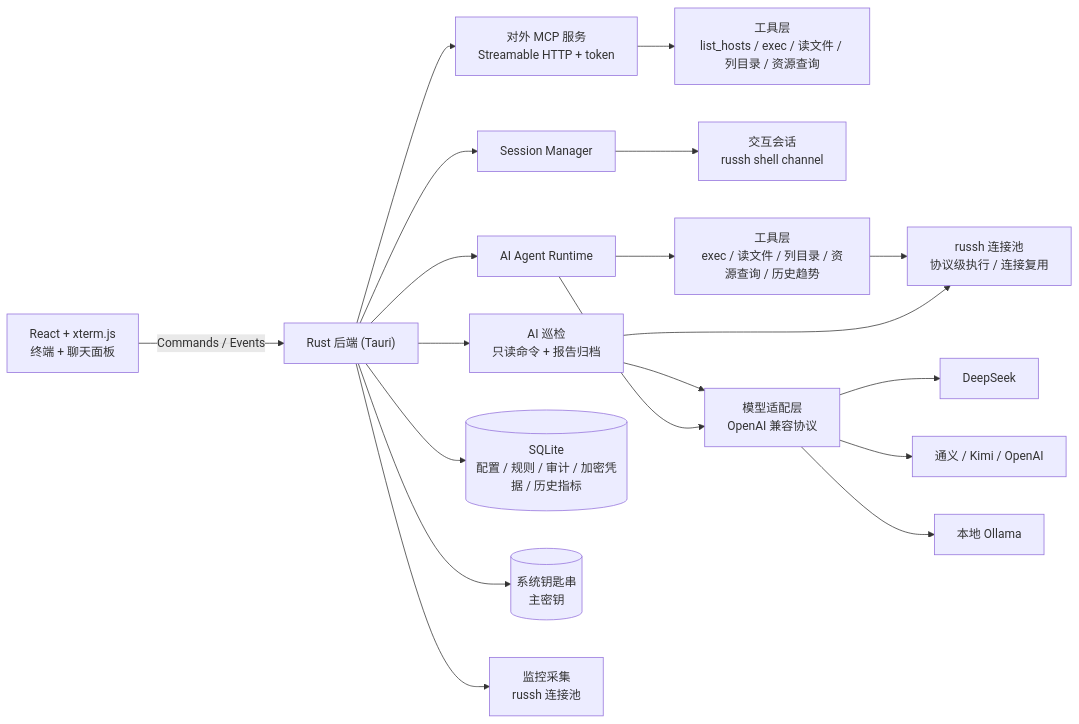
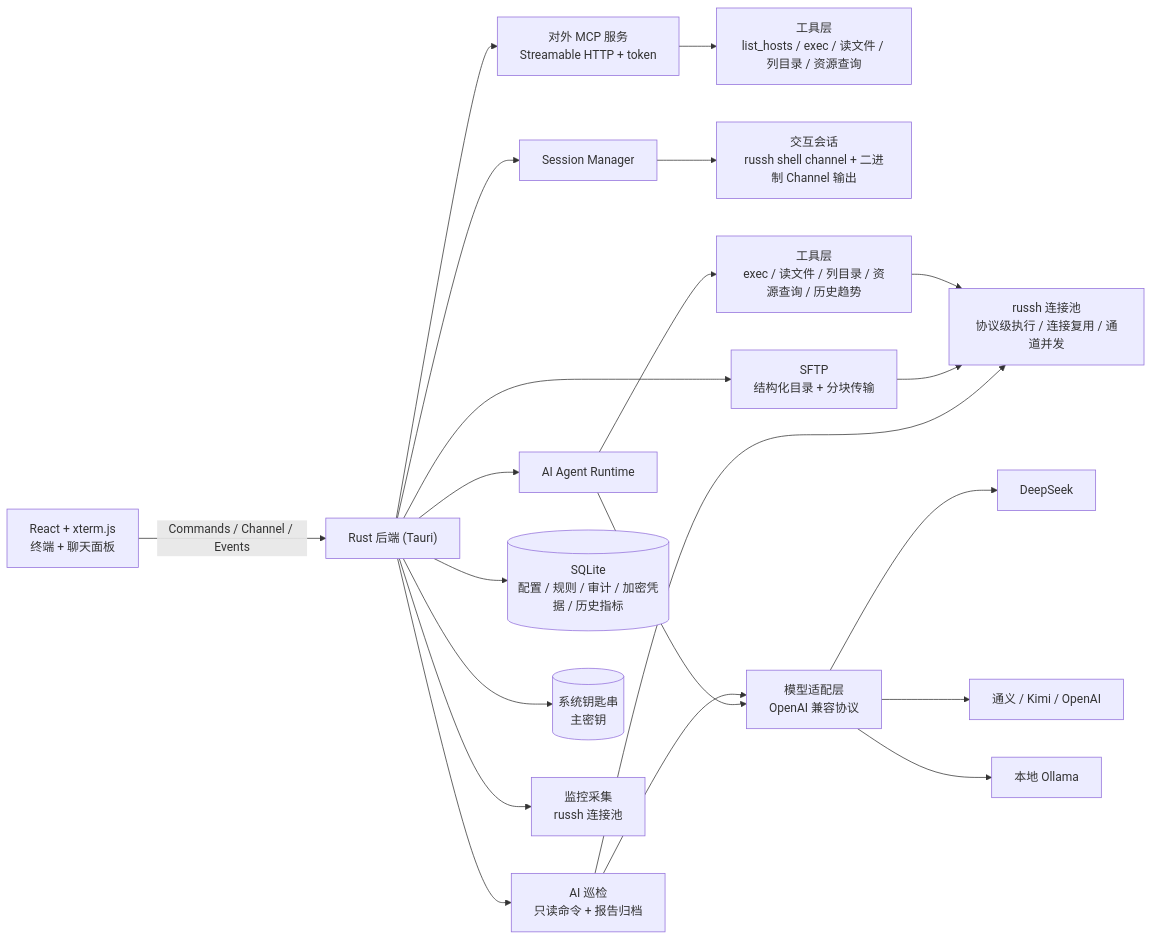
Before and after one commit to shaguocgl/buff-term: the diagram in README.md, drawn with Mermaid. The commit also changed other lines of this file and 25 other files, not shown here.

````diff
--- a/README.md
+++ b/README.md
@@ -79,21 +89,23 @@
 ```mermaid
 flowchart LR
-  UI["React + xterm.js<br/>终端 + 聊天面板"] -->|Commands / Events| BE["Rust 后端 (Tauri)"]
+  UI["React + xterm.js<br/>终端 + 聊天面板"] -->|Commands / Channel / Events| BE["Rust 后端 (Tauri)"]
   BE --> SM["Session Manager"]
   BE --> AG["AI Agent Runtime"]
   BE --> MCP["对外 MCP 服务<br/>Streamable HTTP + token"]
   MCP --> MCPTOOL["工具层<br/>list_hosts / exec / 读文件 / 列目录 / 资源查询"]
-  SM --> SSH["交互会话<br/>russh shell channel"]
+  SM --> SSH["交互会话<br/>russh shell channel + 二进制 Channel 输出"]
   AG --> TOOL["工具层<br/>exec / 读文件 / 列目录 / 资源查询 / 历史趋势"]
-  TOOL --> RSH["russh 连接池<br/>协议级执行 / 连接复用"]
+  TOOL --> RSH["russh 连接池<br/>协议级执行 / 连接复用 / 通道并发"]
+  BE --> SFTP["SFTP<br/>结构化目录 + 分块传输"]
+  SFTP --> RSH
   BE --> INSP["AI 巡检<br/>只读命令 + 报告归档"]
   INSP --> RSH
   INSP --> PROV
   AG --> PROV["模型适配层<br/>OpenAI 兼容协议"]
   PROV --> DS["DeepSeek"]
   PROV --> QW["通义 / Kimi / OpenAI"]
   PROV --> OLL["本地 Ollama"]
   BE --> DB[("SQLite<br/>配置 / 规则 / 审计 / 加密凭据 / 历史指标")]
   BE --> KC[("系统钥匙串<br/>主密钥")]
   BE --> MON["监控采集<br/>russh 连接池"]
 ```
````
